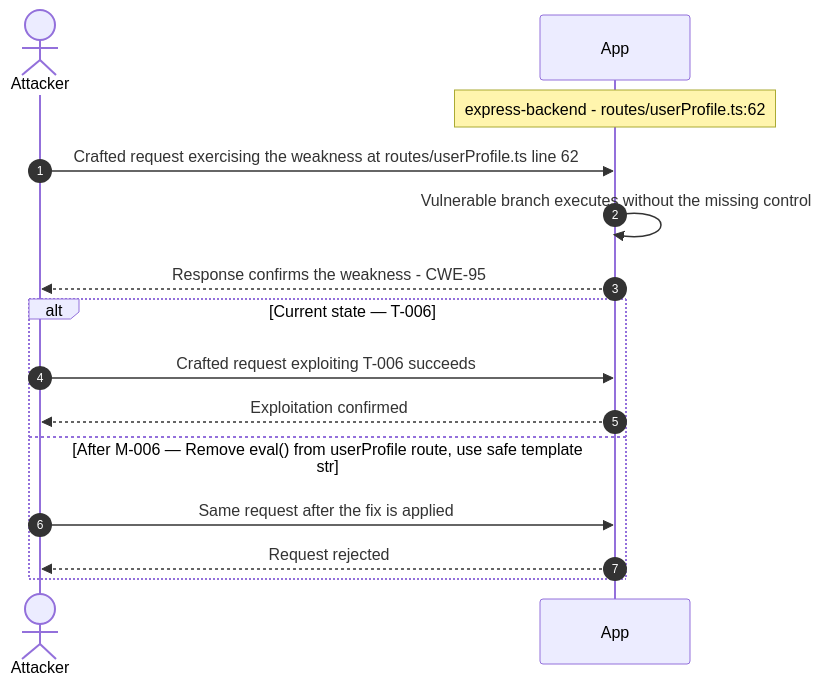
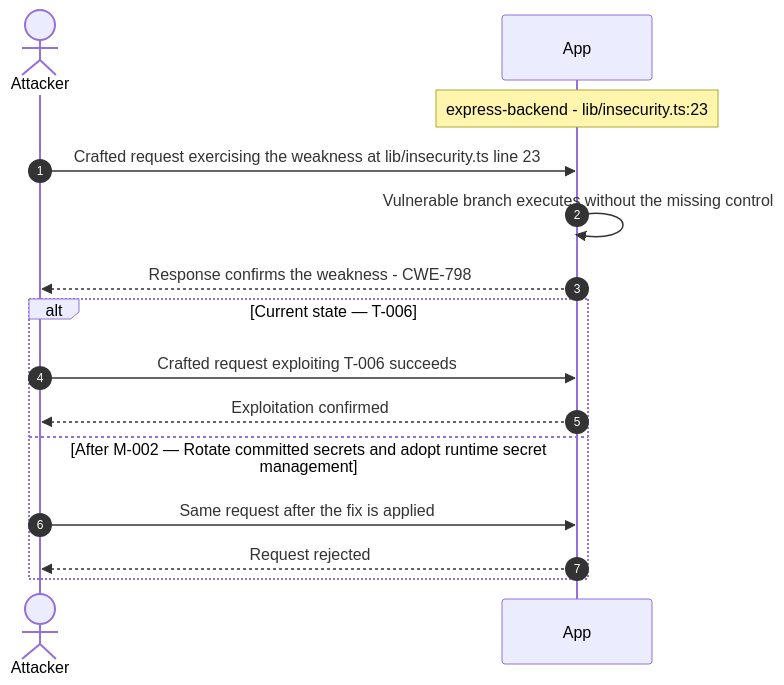
Before and after one commit to appsec-foundry/appsec-advisor: diagram 13 of 18 in examples/threat-modeler/threat-model-juice-shop-standard.md, drawn with Mermaid. The commit also changed other lines of this file and 44 other files, not shown here.

````diff
--- a/examples/threat-modeler/threat-model-juice-shop-standard.md
+++ b/examples/threat-modeler/threat-model-juice-shop-standard.md
@@ -718,17 +706,17 @@
 ```mermaid
 sequenceDiagram
     autonumber
     actor Attacker
     participant App
-    Note over App: express-backend - routes/userProfile.ts:62
-    Attacker->>App: Crafted request exercising the weakness at routes/userProfile.ts line 62
+    Note over App: express-backend - lib/insecurity.ts:23
+    Attacker->>App: Crafted request exercising the weakness at lib/insecurity.ts line 23
     App->>App: Vulnerable branch executes without the missing control
-    App-->>Attacker: Response confirms the weakness - CWE-95
+    App-->>Attacker: Response confirms the weakness - CWE-798
     alt Current state — T-006
         Attacker->>App: Crafted request exploiting T-006 succeeds
         App-->>Attacker: Exploitation confirmed
-    else After M-006 — Remove eval() from userProfile route, use safe template str
+    else After M-002 — Rotate committed secrets and adopt runtime secret management
         Attacker->>App: Same request after the fix is applied
         App-->>Attacker: Request rejected
     end
 ```
````
